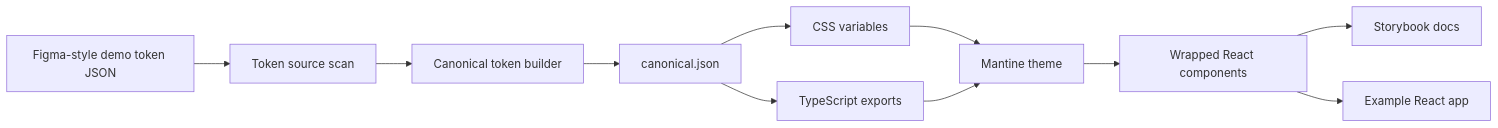
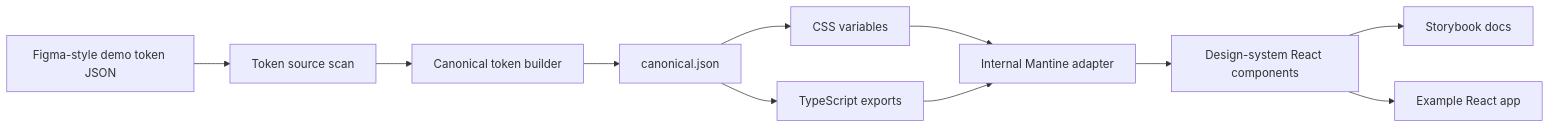
The diagram in README.md (jaminjadey/design-system), drawn with Mermaid before and after one commit. The commit also changed other lines of this file and 10 other files, not shown here.

````diff
--- a/README.md
+++ b/README.md
@@ -22,13 +22,13 @@
 ```mermaid
 flowchart LR
   A[Figma-style demo token JSON] --> B[Token source scan]
   B --> C[Canonical token builder]
   C --> D[canonical.json]
   D --> E[CSS variables]
   D --> F[TypeScript exports]
-  E --> G[Mantine theme]
+  E --> G[Internal Mantine adapter]
   F --> G
-  G --> H[Wrapped React components]
+  G --> H[Design-system React components]
   H --> I[Storybook docs]
   H --> J[Example React app]
 ```
````
